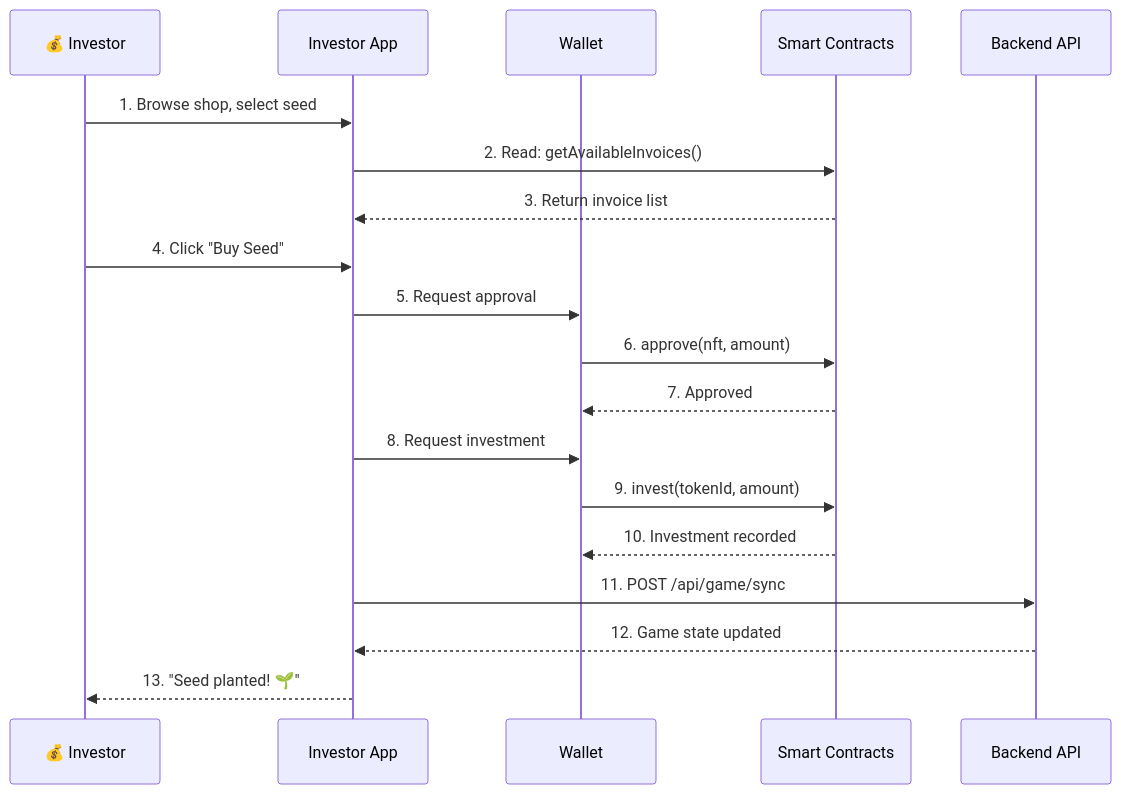
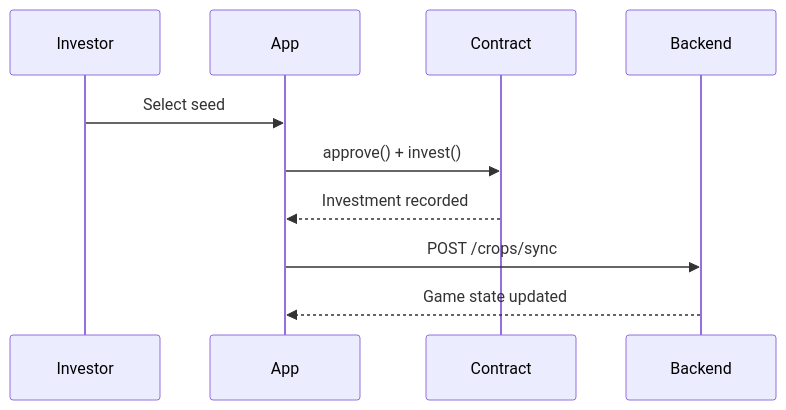
Before and after one commit to OwnaFarm/docs: the fourth of 7 diagrams in gitbook/technical/system-flow.md, drawn with Mermaid. The commit also changed other lines of this file and 17 other files, not shown here.

````diff
--- a/gitbook/technical/system-flow.md
+++ b/gitbook/technical/system-flow.md
@@ -116,26 +84,13 @@
 ```mermaid
 sequenceDiagram
-    participant I as 💰 Investor
-    participant FE as Investor App
-    participant W as Wallet
-    participant SC as Smart Contracts
-    participant BE as Backend API
+    participant I as Investor
+    participant FE as App
+    participant SC as Contract
+    participant BE as Backend
 
-    I->>FE: 1. Browse shop, select seed
-    FE->>SC: 2. Read: getAvailableInvoices()
-    SC-->>FE: 3. Return invoice list
-
-    I->>FE: 4. Click "Buy Seed"
-    FE->>W: 5. Request approval
-    W->>SC: 6. approve(nft, amount)
-    SC-->>W: 7. Approved
-
-    FE->>W: 8. Request investment
-    W->>SC: 9. invest(tokenId, amount)
-    SC-->>W: 10. Investment recorded
-
-    FE->>BE: 11. POST /api/game/sync
-    BE-->>FE: 12. Game state updated
-
-    FE-->>I: 13. "Seed planted! 🌱"
+    I->>FE: Select seed
+    FE->>SC: approve() + invest()
+    SC-->>FE: Investment recorded
+    FE->>BE: POST /crops/sync
+    BE-->>FE: Game state updated
 ```
````
